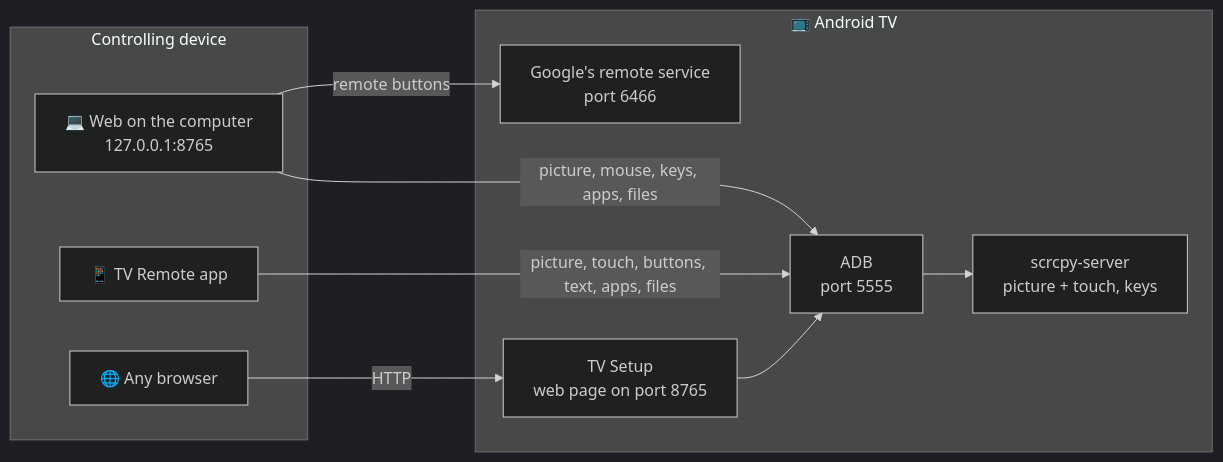
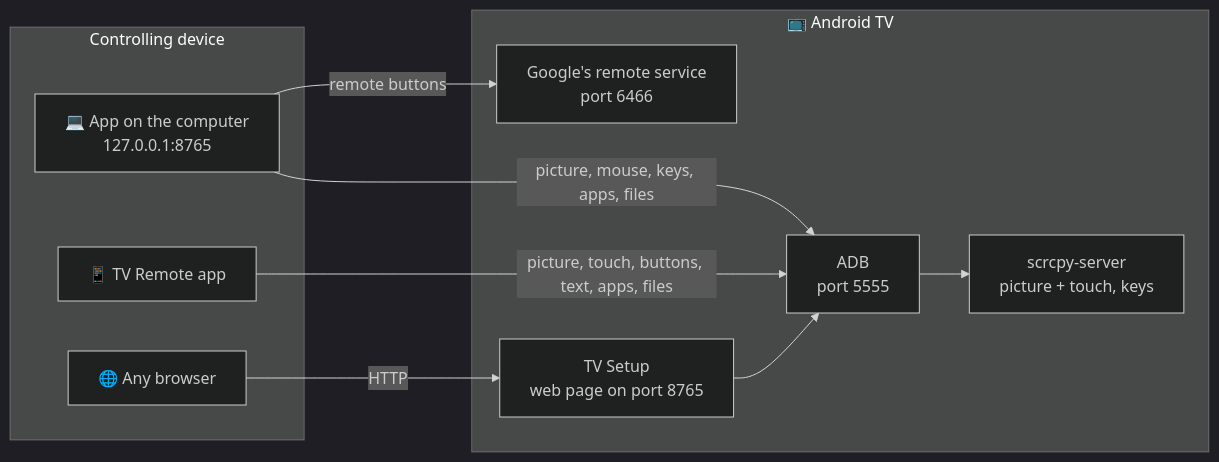
Before and after one commit to 9000000/tv-remote: the diagram in README.en.md, drawn with Mermaid (dark theme). The commit also changed other lines of this file and 77 other files, not shown here.

First line of the commit message:
The computer app replaces the Python one; releases carry it for each system

````diff
--- a/README.en.md
+++ b/README.en.md
@@ -218,20 +226,20 @@
 ```mermaid
 flowchart LR
     subgraph C["Controlling device"]
-        PC["💻 Web on the computer<br/>127.0.0.1:8765"]
+        PC["💻 App on the computer<br/>127.0.0.1:8765"]
         PH["📱 TV Remote app"]
         BR["🌐 Any browser"]
     end
     subgraph T["📺 Android TV"]
         R["Google's remote service<br/>port 6466"]
         A["ADB<br/>port 5555"]
         S["scrcpy-server<br/>picture + touch, keys"]
         W["TV Setup<br/>web page on port 8765"]
         A --> S
         W --> A
     end
     PC -- "remote buttons" --> R
     PC -- "picture, mouse, keys, apps, files" --> A
     PH -- "picture, touch, buttons, text, apps, files" --> A
     BR -- "HTTP" --> W
 ```
````
